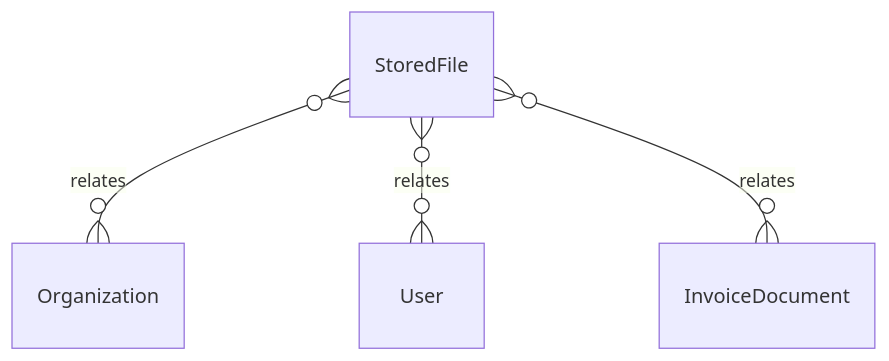
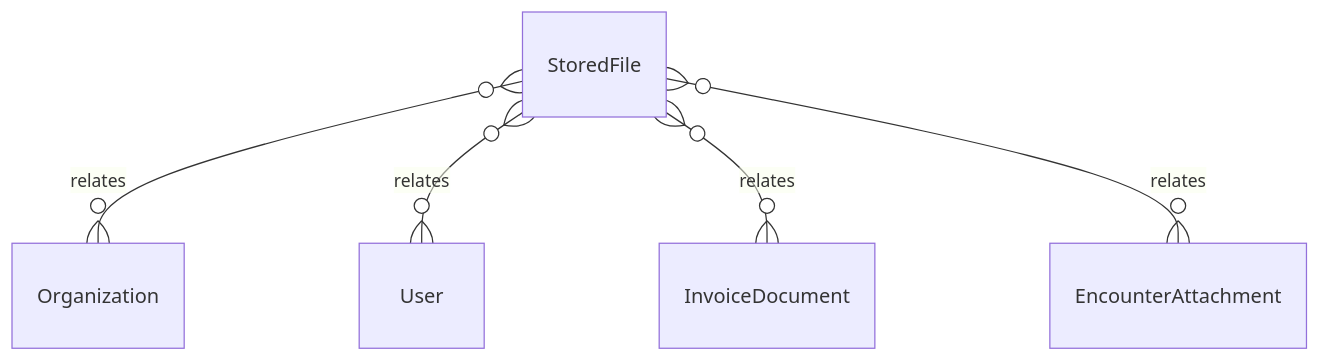
Before and after one commit to tejasnirala/rcln: the diagram in .kb/Database/StoredFile.md, drawn with Mermaid. The commit also changed other lines of this file and 109 other files, not shown here.

````diff
--- a/.kb/Database/StoredFile.md
+++ b/.kb/Database/StoredFile.md
@@ -52,6 +53,7 @@
 ```mermaid
 erDiagram
     StoredFile }o--o{ Organization : relates
     StoredFile }o--o{ User : relates
     StoredFile }o--o{ InvoiceDocument : relates
+    StoredFile }o--o{ EncounterAttachment : relates
 ```
````
